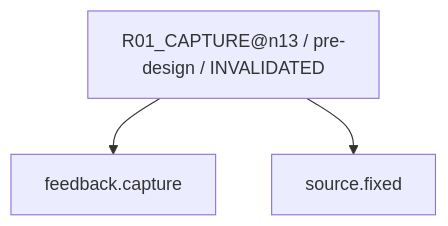
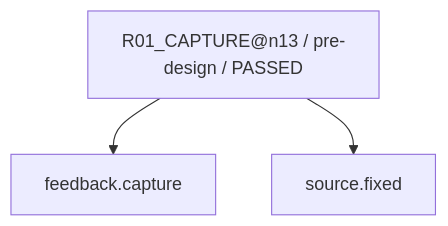
The first of 28 diagrams in work/items/W-MATH-048-n1314-source-audit/generated/CAPABILITY_FIRE_DIAGRAM.md (rrikunagasige-dot/kyotsu-step-web), drawn with Mermaid before and after one commit. The commit also changed other lines of this file and 32 other files, not shown here.

````diff
--- a/work/items/W-MATH-048-n1314-source-audit/generated/CAPABILITY_FIRE_DIAGRAM.md
+++ b/work/items/W-MATH-048-n1314-source-audit/generated/CAPABILITY_FIRE_DIAGRAM.md
@@ -9,8 +9,8 @@
 ```mermaid
 flowchart TD
-  N0["R01_CAPTURE@n13 / pre-design / INVALIDATED"]
+  N0["R01_CAPTURE@n13 / pre-design / PASSED"]
   N1["source.fixed"]
   N2["feedback.capture"]
   N0 --> N2
   N0 --> N1
 ```
````
